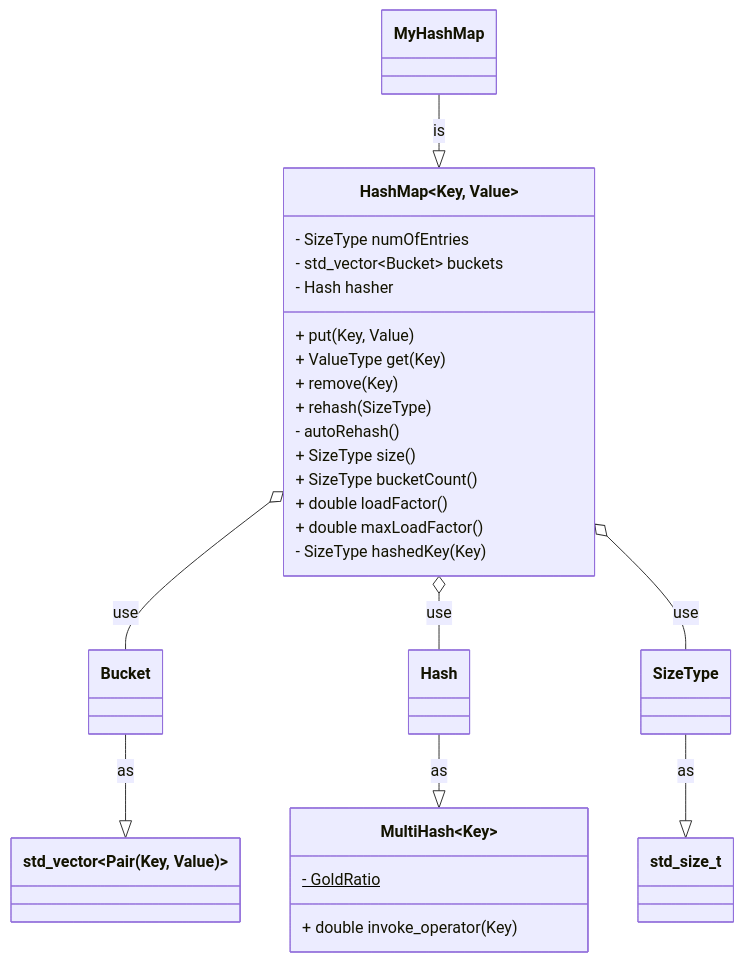
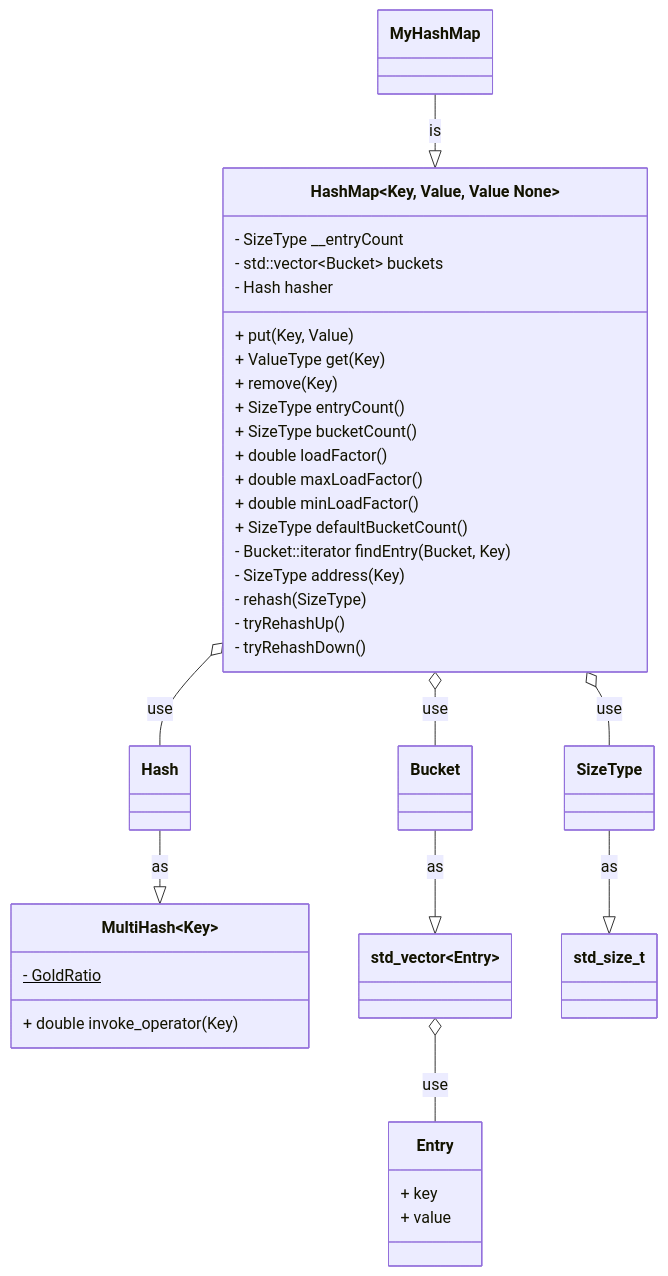
The first of 4 diagrams in DSA-Problems/leetcode/tag-design/706-Design-HashMap/Logic.md (AsherJingkongChen/Mini-Note), drawn with Mermaid before and after one commit. The commit also changed other lines of this file and 4 other files, not shown here.

````diff
--- a/DSA-Problems/leetcode/tag-design/706-Design-HashMap/Logic.md
+++ b/DSA-Problems/leetcode/tag-design/706-Design-HashMap/Logic.md
@@ -25,34 +26,44 @@
 ```mermaid
 classDiagram
-	class HashMap~Key, Value~ {
-		- SizeType numOfEntries
-		- std_vector~Bucket~ buckets
+	class HashMap~Key, Value, Value None~ {
+		- SizeType __entryCount
+		- std::vector~Bucket~ buckets
 		- Hash hasher
 		
 		+ put(Key, Value)
 		+ ValueType get(Key)
 		+ remove(Key)
-		+ rehash(SizeType)
-		- autoRehash()
 		
-		+ SizeType size()
+		+ SizeType entryCount()
 		+ SizeType bucketCount()
 		+ double loadFactor()
 		+ double maxLoadFactor()
-		
-		- SizeType hashedKey(Key)
+		+ double minLoadFactor()
+		+ SizeType defaultBucketCount()
+
+		- Bucket::iterator findEntry(Bucket, Key)
+		- SizeType address(Key)
+		- rehash(SizeType)
+		- tryRehashUp()
+		- tryRehashDown()
 	}
 
 	class MultiHash~Key~ {
 		- GoldRatio$
 		+ double invoke_operator(Key)
 	}
+	
+	class Entry {
+		+ key
+		+ value
+	}
 
-	Bucket --|> std_vector~Pair(Key, Value)~ : as
+	Bucket --|> std_vector~Entry~ : as
+	std_vector~Entry~ o-- Entry : use
 	Hash --|> MultiHash : as
 	SizeType --|> std_size_t : as
 	MyHashMap --|> HashMap : is
 	HashMap o-- Bucket : use
 	HashMap o-- Hash : use
 	HashMap o-- SizeType : use
 ```
````
